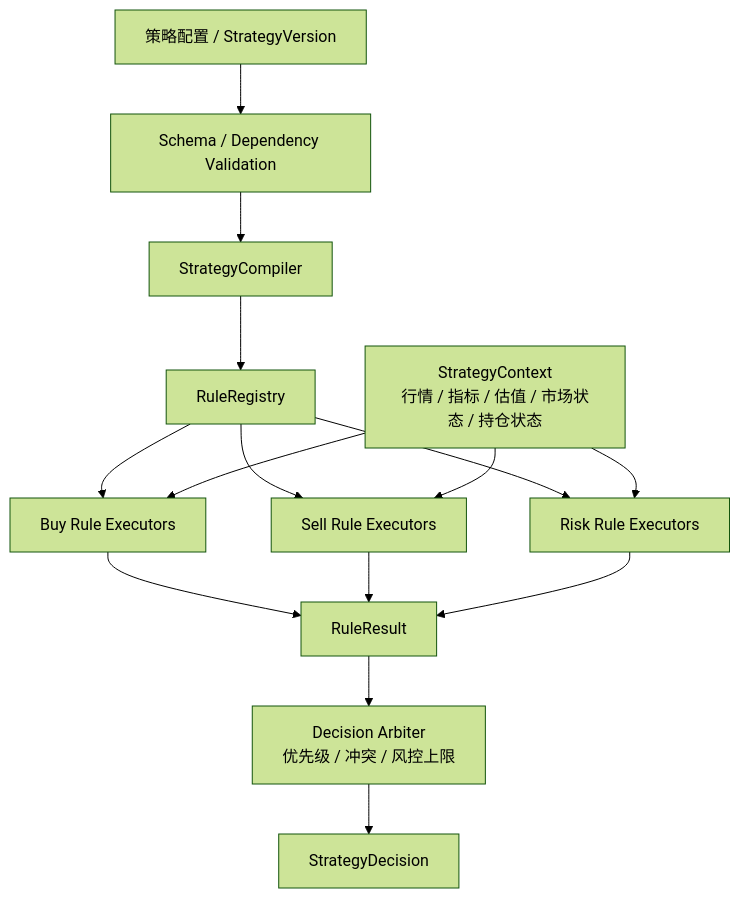
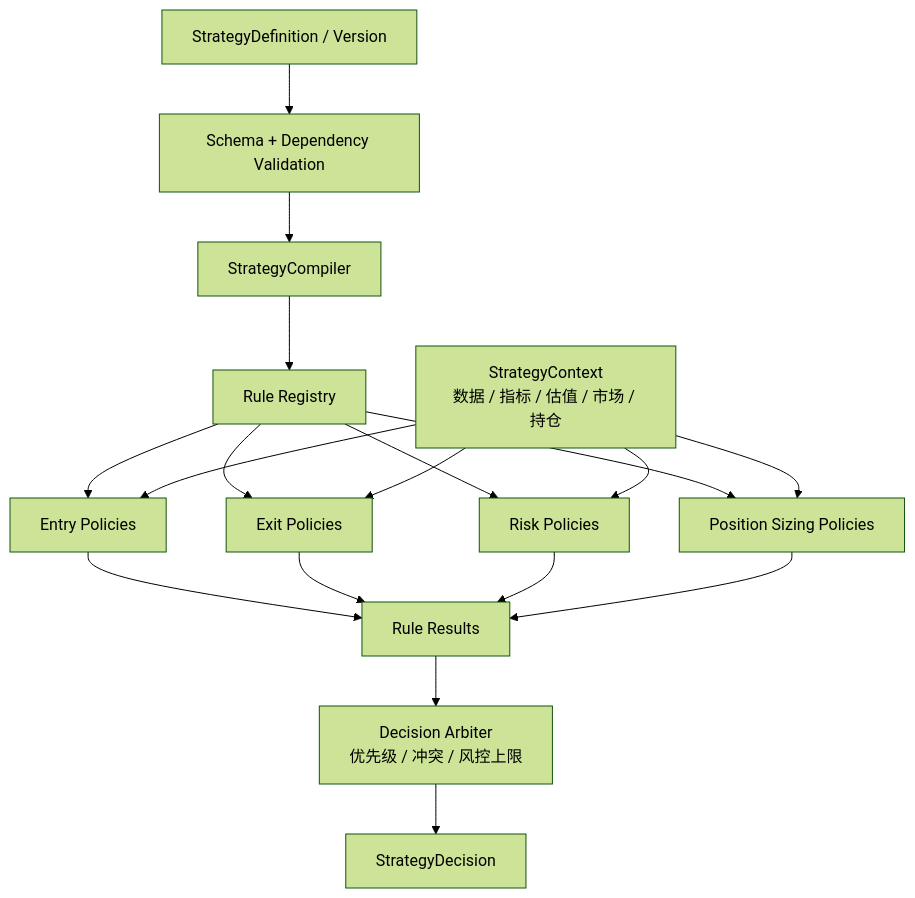
Before and after one commit to fewhg3yhjt/stock-data-analyse: the sixth of 10 diagrams in docs/TARGET_ARCHITECTURE.md, drawn with Mermaid (forest theme). The commit also changed other lines of this file and 1 other file, not shown here.

Commit message:
docs: reset target architecture for new project

````diff
--- a/docs/TARGET_ARCHITECTURE.md
+++ b/docs/TARGET_ARCHITECTURE.md
@@ -368,17 +394,20 @@
 ```mermaid
 flowchart TB
-    YAML[策略配置 / StrategyVersion] --> VALIDATE[Schema / Dependency Validation]
+    DEF[StrategyDefinition / Version] --> VALIDATE[Schema + Dependency Validation]
     VALIDATE --> COMPILE[StrategyCompiler]
-    COMPILE --> REG[RuleRegistry]
-    REG --> BUY[Buy Rule Executors]
-    REG --> SELL[Sell Rule Executors]
-    REG --> RISK[Risk Rule Executors]
-    CTX[StrategyContext\n行情 / 指标 / 估值 / 市场状态 / 持仓状态] --> BUY
-    CTX --> SELL
+    COMPILE --> REG[Rule Registry]
+    REG --> ENTRY[Entry Policies]
+    REG --> EXIT[Exit Policies]
+    REG --> RISK[Risk Policies]
+    REG --> SIZE[Position Sizing Policies]
+    CTX[StrategyContext\n数据 / 指标 / 估值 / 市场 / 持仓] --> ENTRY
+    CTX --> EXIT
     CTX --> RISK
-    BUY --> RESULT[RuleResult]
-    SELL --> RESULT
-    RISK --> RESULT
-    RESULT --> ARBITER[Decision Arbiter\n优先级 / 冲突 / 风控上限]
+    CTX --> SIZE
+    ENTRY --> RULES[Rule Results]
+    EXIT --> RULES
+    RISK --> RULES
+    SIZE --> RULES
+    RULES --> ARBITER[Decision Arbiter\n优先级 / 冲突 / 风控上限]
     ARBITER --> DECISION[StrategyDecision]
 ```
````
